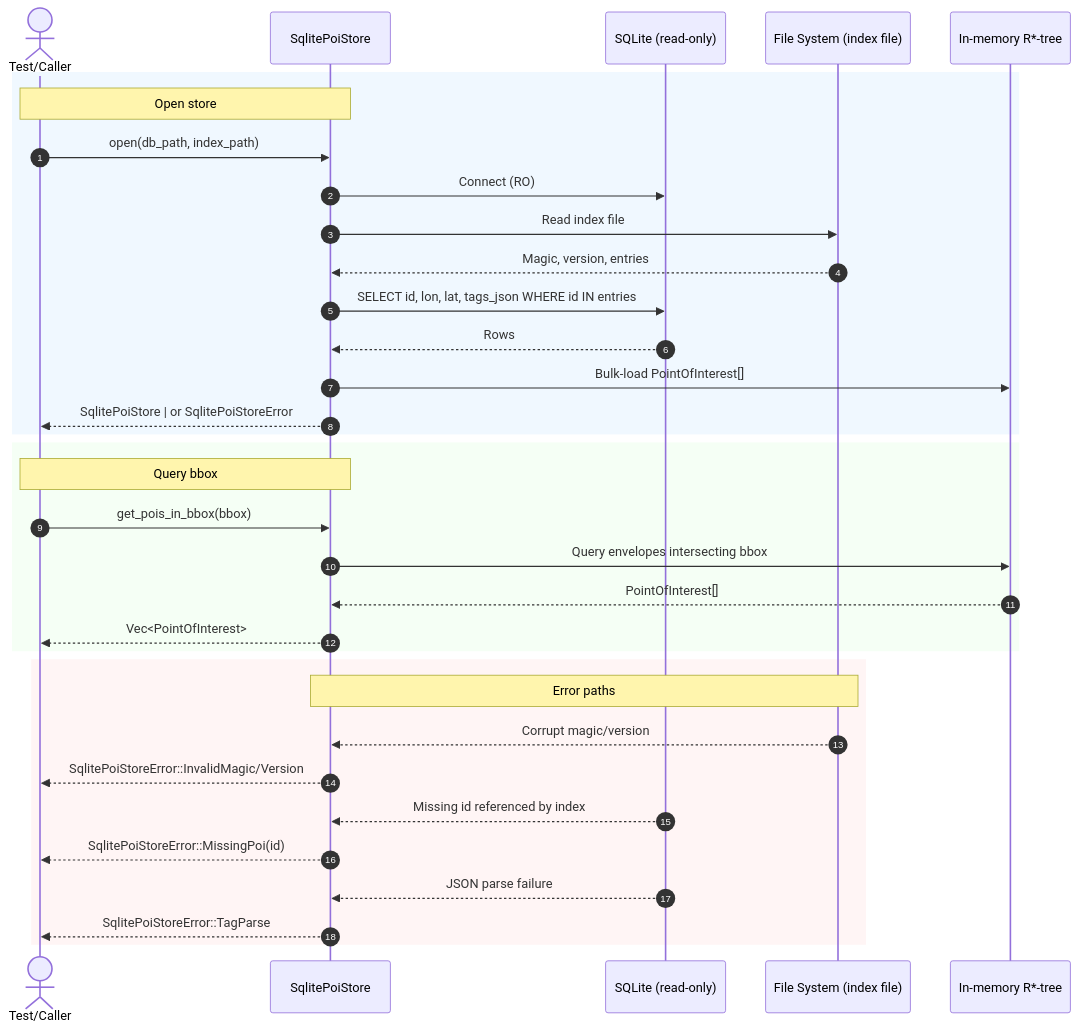
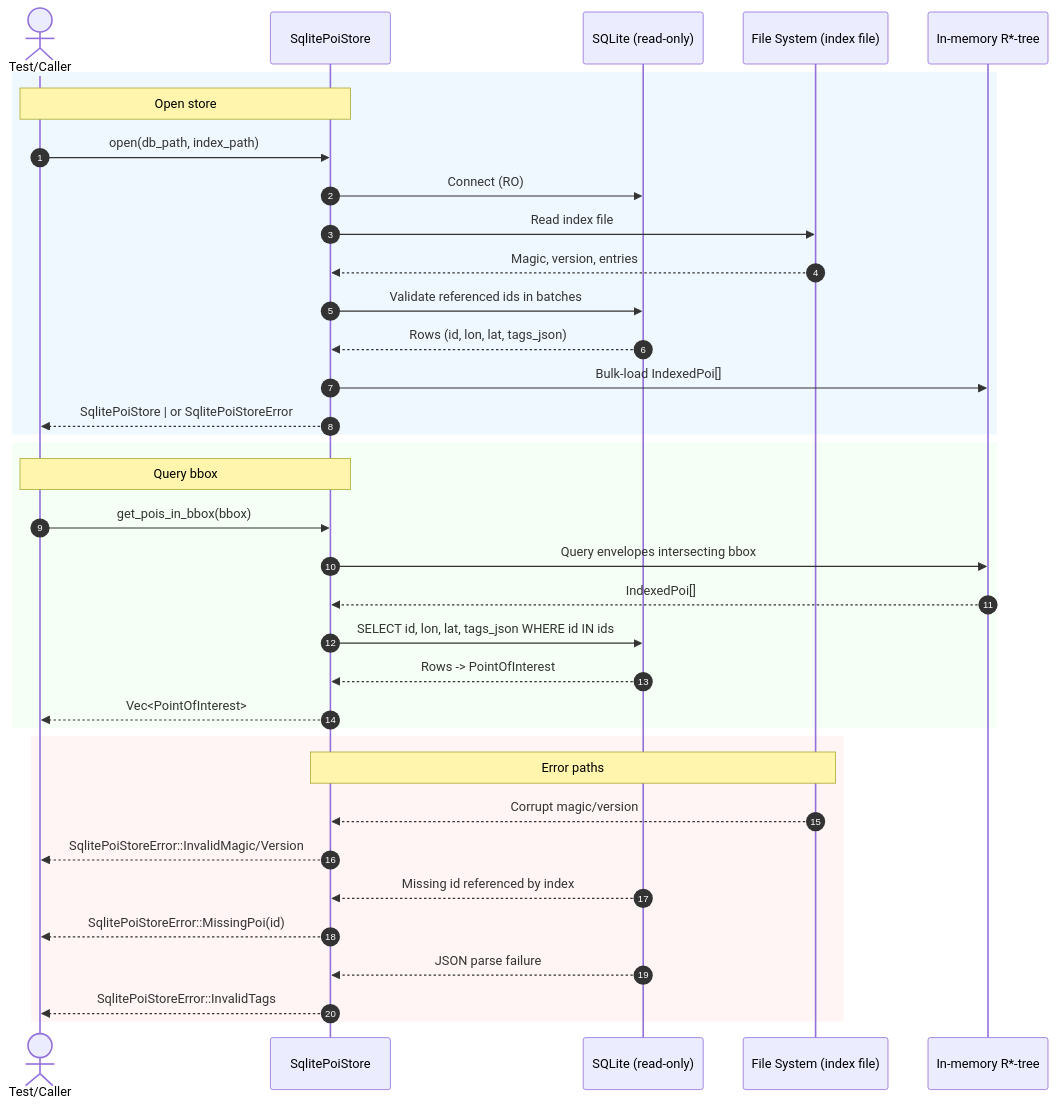
Before and after one commit to leynos/wildside-engine: the second of 2 diagrams in docs/wildside-engine-design.md, drawn with Mermaid. The commit also changed other lines of this file and 1 other file, not shown here.

First line of the commit message:
Query POIs lazily from SQLite

````diff
--- a/docs/wildside-engine-design.md
+++ b/docs/wildside-engine-design.md
@@ -156,39 +158,41 @@
 ```mermaid
 sequenceDiagram
   autonumber
   actor Test as Test/Caller
   participant Store as SqlitePoiStore
   participant SQLite as SQLite (read-only)
   participant FS as File System (index file)
   participant RTree as In-memory R*-tree
 
   rect rgb(240,248,255)
     note over Test,Store: Open store
     Test->>Store: open(db_path, index_path)
     Store->>SQLite: Connect (RO)
     Store->>FS: Read index file
     FS-->>Store: Magic, version, entries
-    Store->>SQLite: SELECT id, lon, lat, tags_json WHERE id IN entries
-    SQLite-->>Store: Rows
-    Store->>RTree: Bulk-load PointOfInterest[]
+    Store->>SQLite: Validate referenced ids in batches
+    SQLite-->>Store: Rows (id, lon, lat, tags_json)
+    Store->>RTree: Bulk-load IndexedPoi[]
     Store-->>Test: SqlitePoiStore | or SqlitePoiStoreError
   end
 
   rect rgb(245,255,245)
     note over Test,Store: Query bbox
     Test->>Store: get_pois_in_bbox(bbox)
     Store->>RTree: Query envelopes intersecting bbox
-    RTree-->>Store: PointOfInterest[]
+    RTree-->>Store: IndexedPoi[]
+    Store->>SQLite: SELECT id, lon, lat, tags_json WHERE id IN ids
+    SQLite-->>Store: Rows -> PointOfInterest
     Store-->>Test: Vec<PointOfInterest>
   end
 
   rect rgb(255,245,245)
     note over Store,FS: Error paths
     FS-->>Store: Corrupt magic/version
     Store-->>Test: SqlitePoiStoreError::InvalidMagic/Version
     SQLite-->>Store: Missing id referenced by index
     Store-->>Test: SqlitePoiStoreError::MissingPoi(id)
     SQLite-->>Store: JSON parse failure
-    Store-->>Test: SqlitePoiStoreError::TagParse
+    Store-->>Test: SqlitePoiStoreError::InvalidTags
   end
 ```
````
